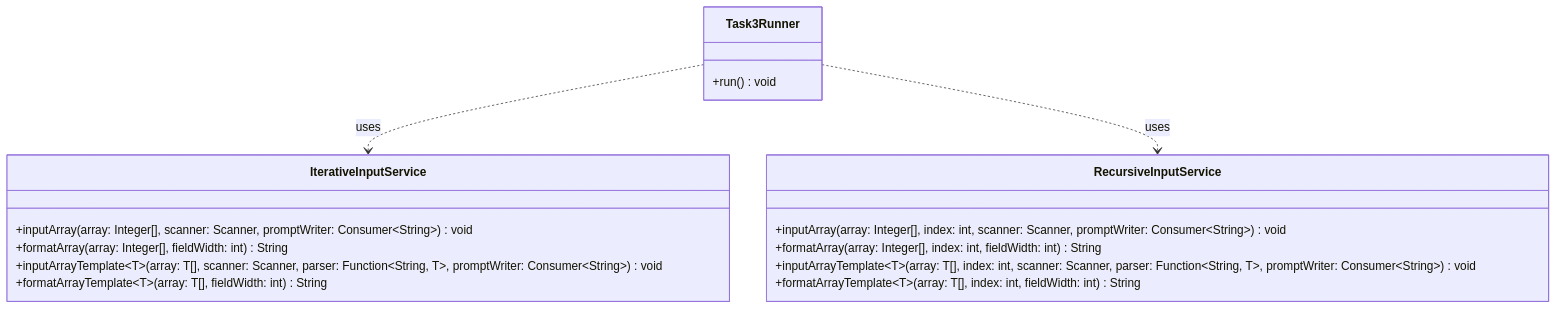
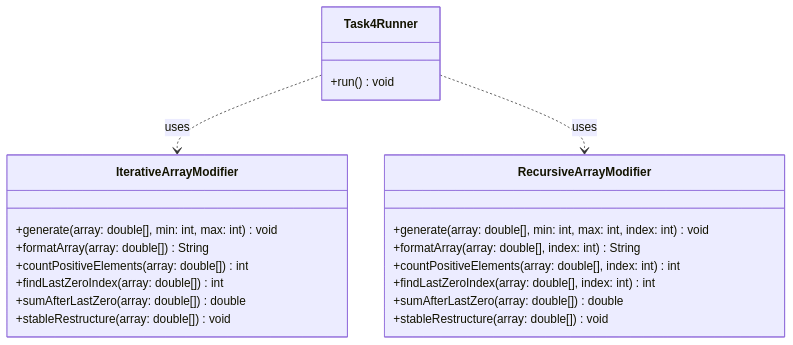
Before and after one commit to lviv-polytech/alg-java-labs: the third of 3 diagrams in lb6/README.md, drawn with Mermaid. The commit also changed other lines of this file and 3 other files, not shown here.

Commit message:
feat(lab-06): implement task 6.4 dynamic array analysis and stable partition

````diff
--- a/lb6/README.md
+++ b/lb6/README.md
@@ -101,23 +95,27 @@
 ```mermaid
 classDiagram
-    class IterativeInputService {
-        +inputArray(array: Integer[], scanner: Scanner, promptWriter: Consumer~String~) void
-        +formatArray(array: Integer[], fieldWidth: int) String
-        +inputArrayTemplate~T~(array: T[], scanner: Scanner, parser: Function~String, T~, promptWriter: Consumer~String~) void
-        +formatArrayTemplate~T~(array: T[], fieldWidth: int) String
+    class IterativeArrayModifier {
+        +generate(array: double[], min: int, max: int) void
+        +formatArray(array: double[]) String
+        +countPositiveElements(array: double[]) int
+        +findLastZeroIndex(array: double[]) int
+        +sumAfterLastZero(array: double[]) double
+        +stableRestructure(array: double[]) void
     }
 
-    class RecursiveInputService {
-        +inputArray(array: Integer[], index: int, scanner: Scanner, promptWriter: Consumer~String~) void
-        +formatArray(array: Integer[], index: int, fieldWidth: int) String
-        +inputArrayTemplate~T~(array: T[], index: int, scanner: Scanner, parser: Function~String, T~, promptWriter: Consumer~String~) void
-        +formatArrayTemplate~T~(array: T[], index: int, fieldWidth: int) String
+    class RecursiveArrayModifier {
+        +generate(array: double[], min: int, max: int, index: int) void
+        +formatArray(array: double[], index: int) String
+        +countPositiveElements(array: double[], index: int) int
+        +findLastZeroIndex(array: double[], index: int) int
+        +sumAfterLastZero(array: double[]) double
+        +stableRestructure(array: double[]) void
     }
 
-    class Task3Runner {
+    class Task4Runner {
         +run() void
     }
 
-    Task3Runner ..> IterativeInputService : uses
-    Task3Runner ..> RecursiveInputService : uses
+    Task4Runner ..> IterativeArrayModifier : uses
+    Task4Runner ..> RecursiveArrayModifier : uses
 ```
````
